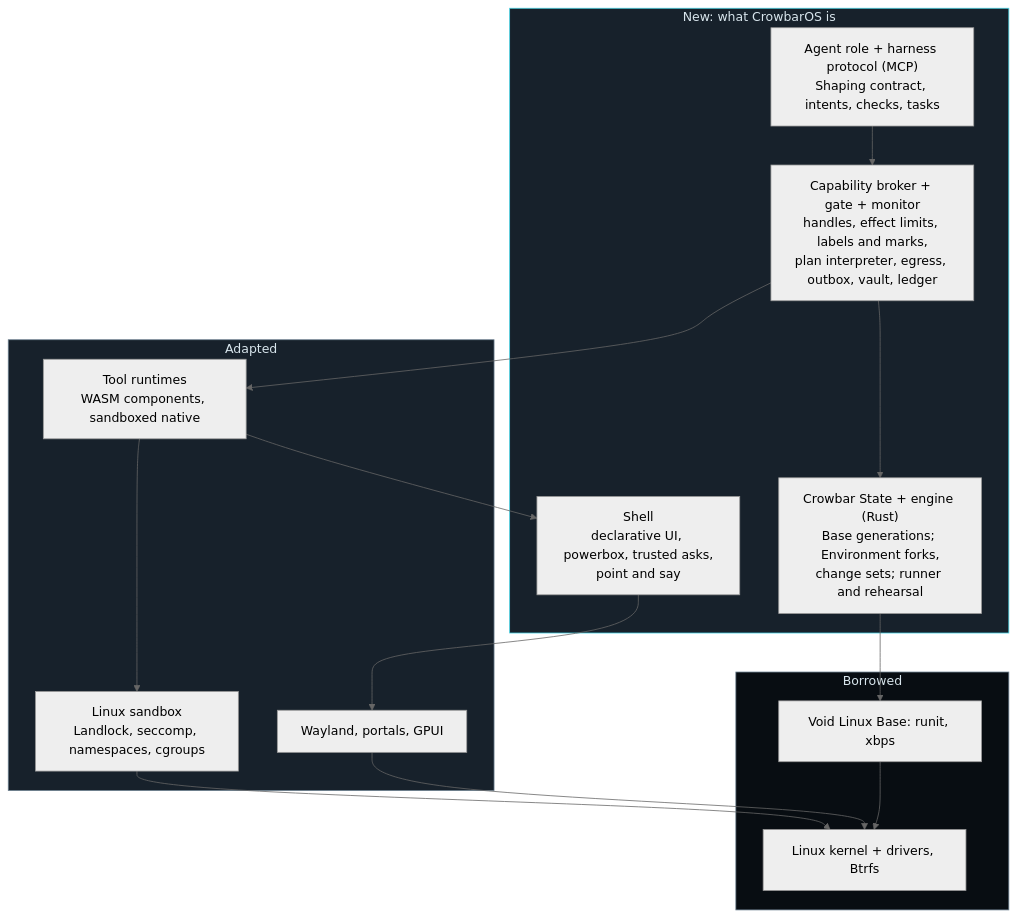
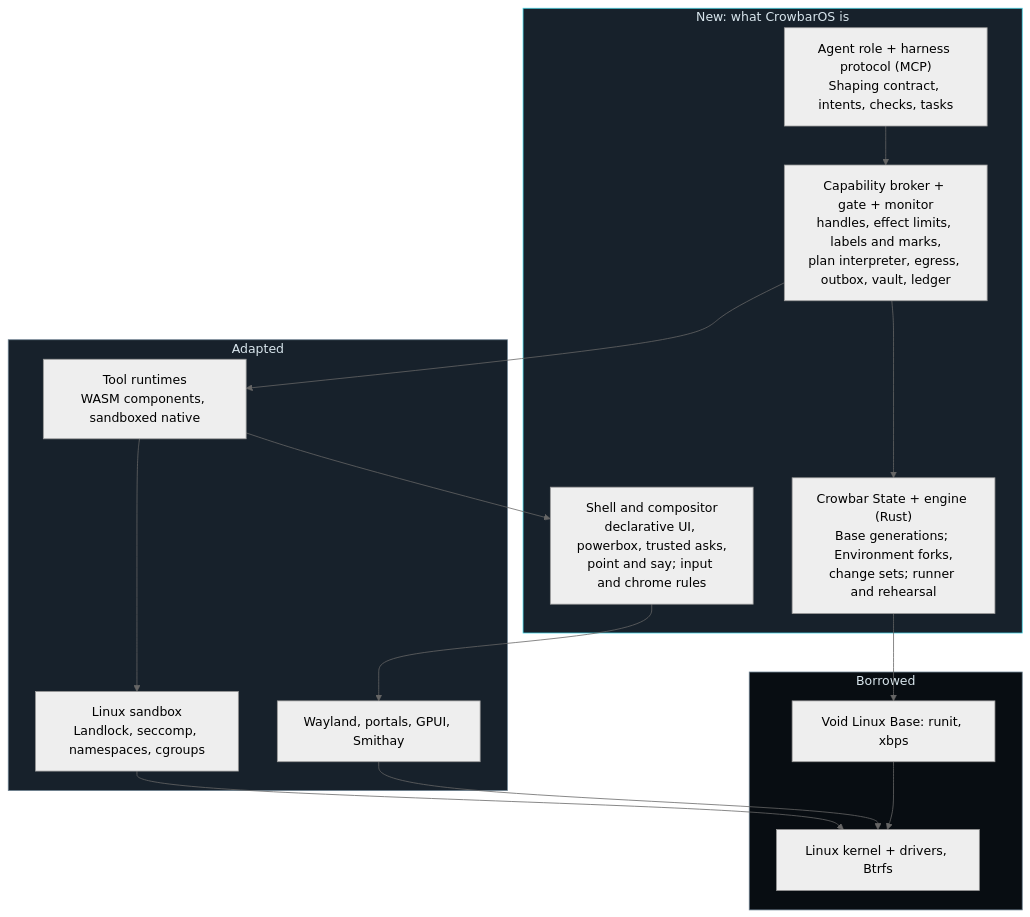
One commit to crowbaros/crowbaros changed the third of 5 diagrams in docs/VISION.md. Above: the diagram before and after it, drawn with Mermaid (neutral theme). The commit also changed other lines of this file and 10 other files, not shown here.

First line of the commit message:
docs(adr): CrowbarOS gets its own compositor, built on Smithay (#4)

````diff
--- a/docs/VISION.md
+++ b/docs/VISION.md
@@ -537,26 +539,26 @@
 ```mermaid
 flowchart TB
     subgraph NEW["New: what CrowbarOS is"]
         I["Agent role + harness protocol (MCP)<br/>Shaping contract, intents, checks, tasks"]
         AP["Capability broker + gate + monitor<br/>handles, effect limits, labels and marks,<br/>plan interpreter, egress, outbox, vault, ledger"]
         ST["Crowbar State + engine (Rust)<br/>Base generations; Environment forks,<br/>change sets; runner and rehearsal"]
-        SH["Shell<br/>declarative UI, powerbox, trusted asks,<br/>point and say"]
+        SH["Shell and compositor<br/>declarative UI, powerbox, trusted asks,<br/>point and say; input and chrome rules"]
     end
     subgraph ADAPT["Adapted"]
         RT["Tool runtimes<br/>WASM components, sandboxed native"]
         SB["Linux sandbox<br/>Landlock, seccomp, namespaces, cgroups"]
-        UI["Wayland, portals, GPUI"]
+        UI["Wayland, portals, GPUI, Smithay"]
     end
     subgraph BORROW["Borrowed"]
         V["Void Linux Base: runit, xbps"]
         K["Linux kernel + drivers, Btrfs"]
     end
     I --> AP --> ST --> V
     AP --> RT --> SB --> K
     SH --> UI --> K
     RT --> SH
     V --> K
     style NEW fill:#17212B,stroke:#49D7E8,color:#D8E5EC
     style ADAPT fill:#17212B,stroke:#6D8191,color:#D8E5EC
     style BORROW fill:#080D12,stroke:#6D8191,color:#D8E5EC
 ```
````
